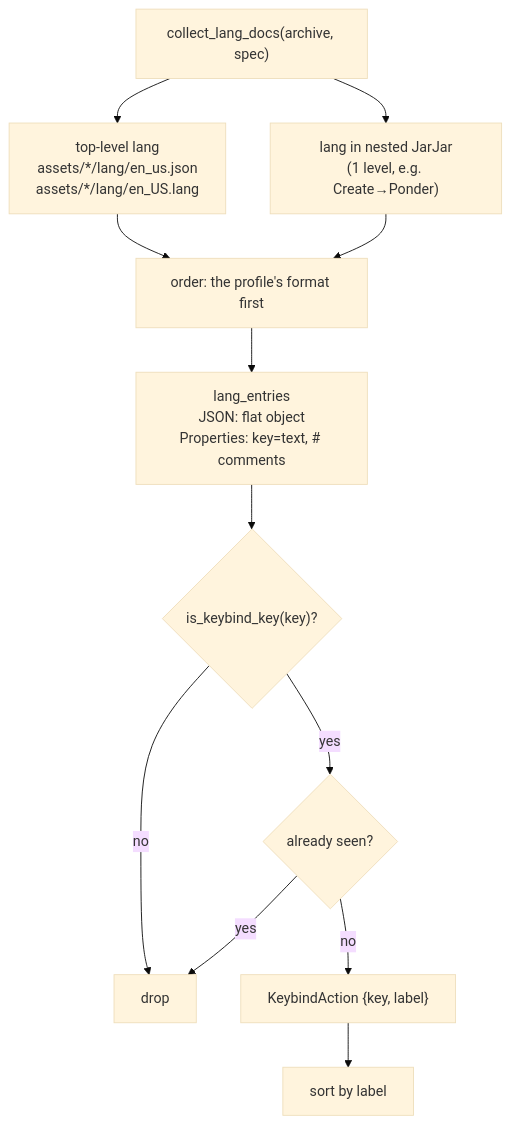
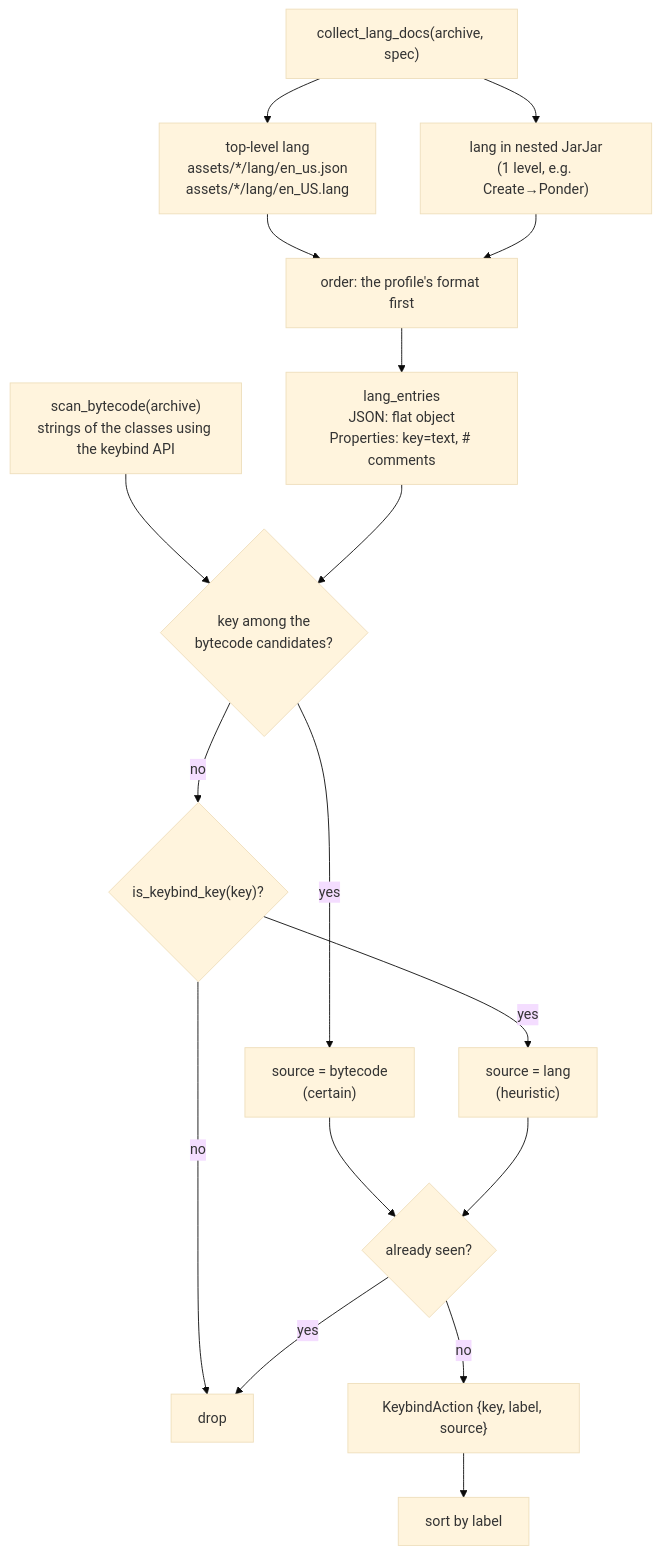
One commit to Alexkill536ITA/ForgeModpack changed the fifth of 6 diagrams in docs/en/technical/06-scansione.md. Above: the diagram before and after it, drawn with Mermaid (base theme). The commit also changed other lines of this file and 36 other files, not shown here.

First line of the commit message:
feat: sync col disco, keybind dal bytecode e overlay di caricamento

````diff
--- a/docs/en/technical/06-scansione.md
+++ b/docs/en/technical/06-scansione.md
@@ -158,14 +167,19 @@
 ```mermaid
 flowchart TD
     CL["collect_lang_docs(archive, spec)"] --> Top["top-level lang<br/>assets/*/lang/en_us.json<br/>assets/*/lang/en_US.lang"]
     CL --> JJ["lang in nested JarJar<br/>(1 level, e.g. Create→Ponder)"]
     Top --> Ord
     JJ --> Ord
     Ord["order: the profile's format first"] --> Parse["lang_entries<br/>JSON: flat object<br/>Properties: key=text, # comments"]
-    Parse --> Test{"is_keybind_key(key)?"}
-    Test -->|no| Skip["drop"]
-    Test -->|yes| Dedup{"already seen?"}
+    BC["scan_bytecode(archive)<br/>strings of the classes using the keybind API"] --> Test
+    Parse --> Test{"key among the<br/>bytecode candidates?"}
+    Test -->|yes| Cert["source = bytecode<br/>(certain)"]
+    Test -->|no| Heur{"is_keybind_key(key)?"}
+    Heur -->|yes| Lang["source = lang<br/>(heuristic)"]
+    Heur -->|no| Skip["drop"]
+    Cert --> Dedup{"already seen?"}
+    Lang --> Dedup
     Dedup -->|yes| Skip
-    Dedup -->|no| Add["KeybindAction {key, label}"]
+    Dedup -->|no| Add["KeybindAction {key, label, source}"]
     Add --> Sort["sort by label"]
 ```
````
